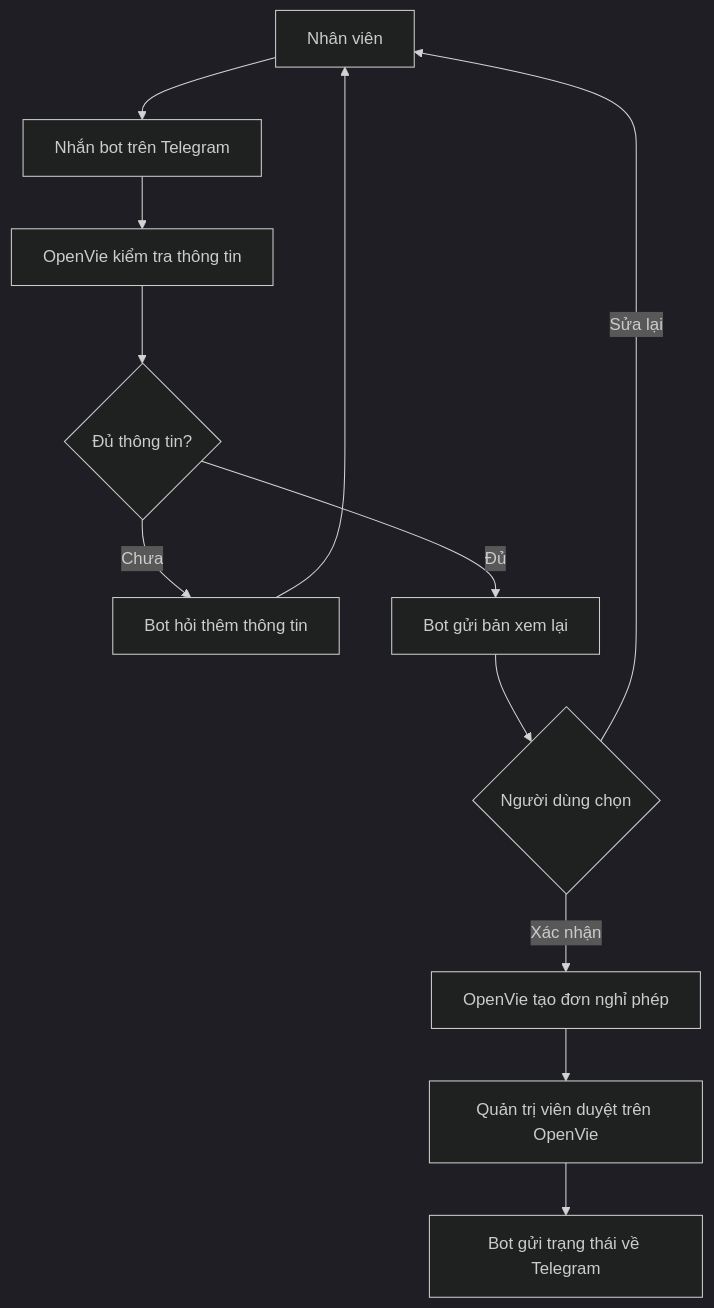
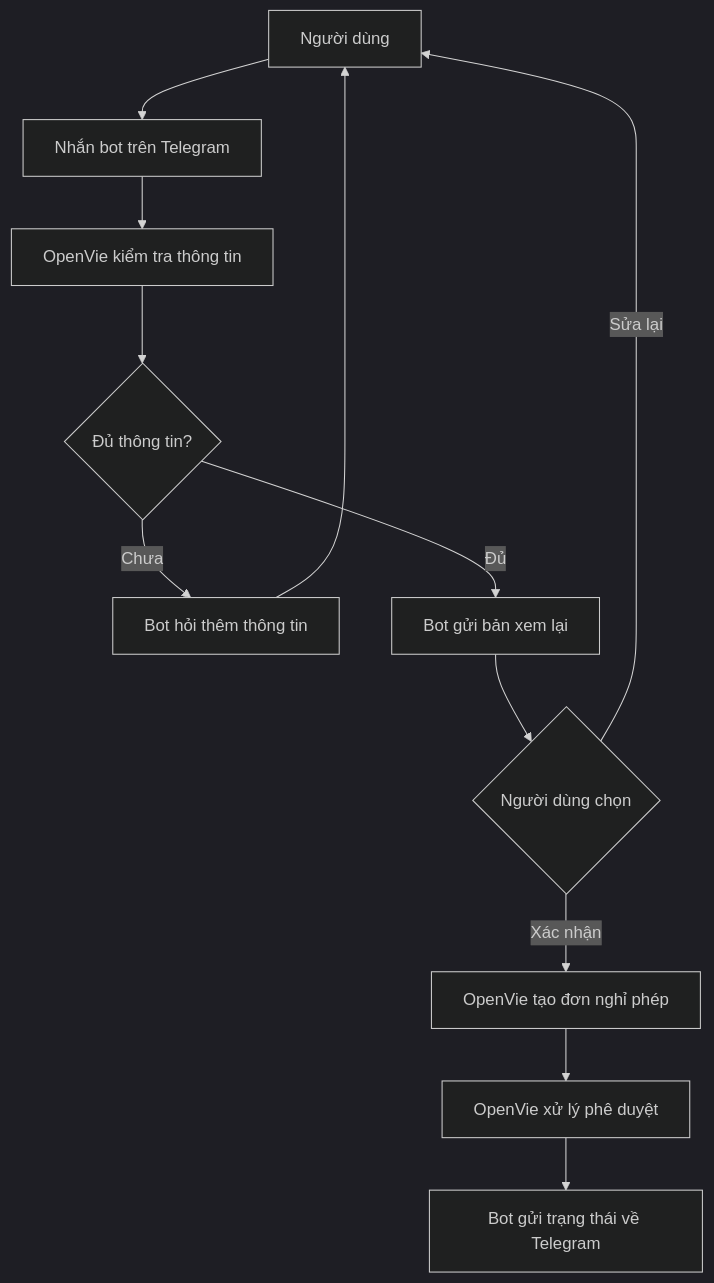
Before and after one commit to OpenVie/openvie-telegram-leave-bot: the first of 2 diagrams in README.md, drawn with Mermaid (dark theme). The commit also changed other lines of this file, not shown here.

Commit message:
docs: simplify user guide

````diff
--- a/README.md
+++ b/README.md
@@ -91,14 +85,14 @@
 ```mermaid
 flowchart TD
-    employee[Nhân viên] --> telegram[Nhắn bot trên Telegram]
+    user[Người dùng] --> telegram[Nhắn bot trên Telegram]
     telegram --> chat[OpenVie kiểm tra thông tin]
     chat --> complete{Đủ thông tin?}
     complete -- Chưa --> ask[Bot hỏi thêm thông tin]
-    ask --> employee
+    ask --> user
     complete -- Đủ --> preview[Bot gửi bản xem lại]
     preview --> choice{Người dùng chọn}
-    choice -- Sửa lại --> employee
+    choice -- Sửa lại --> user
     choice -- Xác nhận --> request[OpenVie tạo đơn nghỉ phép]
-    request --> approval[Quản trị viên duyệt trên OpenVie]
+    request --> approval[OpenVie xử lý phê duyệt]
     approval --> notification[Bot gửi trạng thái về Telegram]
 ```
````
